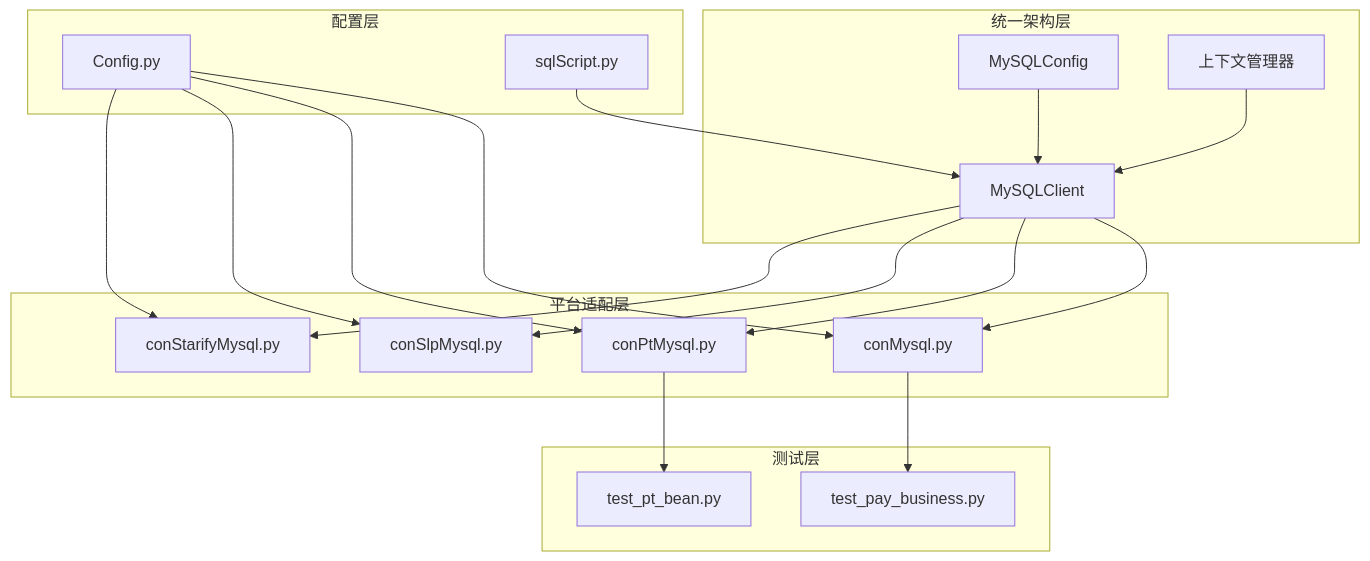
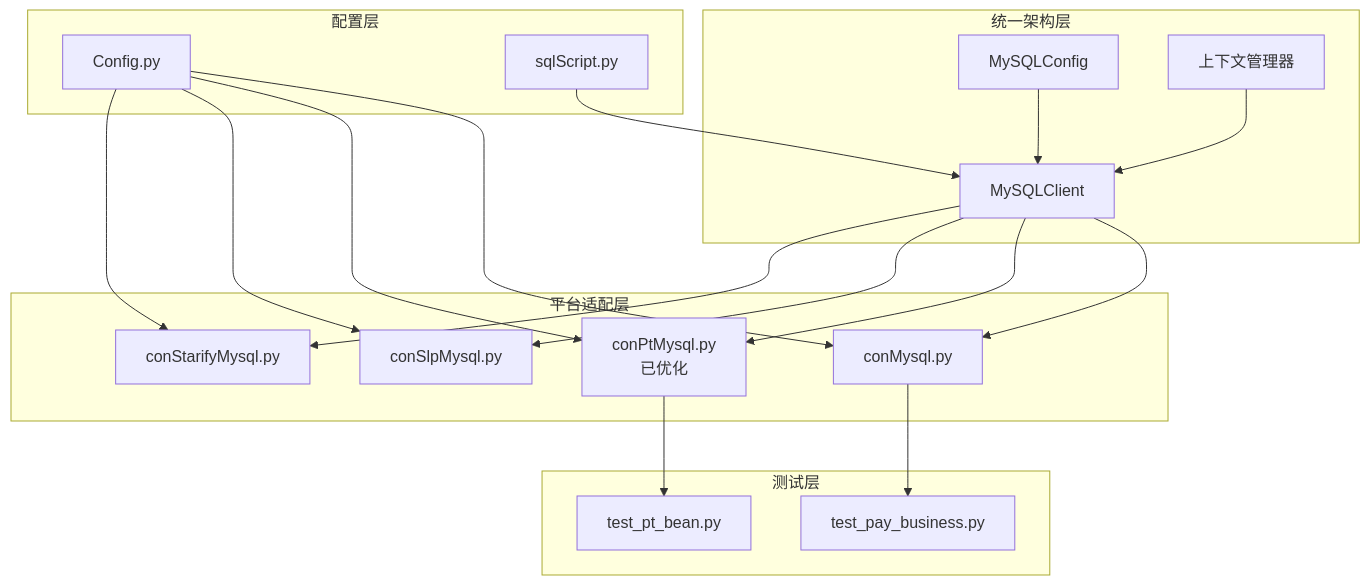
Diagram 11 of 16 in .qoder/repowiki/zh/content/数据库管理/MySQL连接管理.md (liximing1-ola/qa-payTest), drawn with Mermaid before and after one commit. The commit also changed other lines of this file and 3 other files, not shown here.

````diff
--- a/.qoder/repowiki/zh/content/数据库管理/MySQL连接管理.md
+++ b/.qoder/repowiki/zh/content/数据库管理/MySQL连接管理.md
@@ -427,35 +433,35 @@
 ```mermaid
 graph TB
 subgraph "统一架构层"
 UNIFIED[MySQLClient]
 CONFIG[MySQLConfig]
 CONTEXT[上下文管理器]
 end
 subgraph "平台适配层"
 CON_MYSQL[conMysql.py]
-CON_PT[conPtMysql.py]
+CON_PT[conPtMysql.py<br/>已优化]
 CON_SLP[conSlpMysql.py]
 CON_STAR[conStarifyMysql.py]
 end
 subgraph "配置层"
 CONFIG_OBJ[Config.py]
 SQL_SCRIPT[sqlScript.py]
 end
 subgraph "测试层"
 TEST_BUSINESS[test_pay_business.py]
 TEST_PT[test_pt_bean.py]
 end
 UNIFIED --> CON_MYSQL
 UNIFIED --> CON_PT
 UNIFIED --> CON_SLP
 UNIFIED --> CON_STAR
 CONFIG --> UNIFIED
 CONTEXT --> UNIFIED
 CONFIG_OBJ --> CON_MYSQL
 CONFIG_OBJ --> CON_PT
 CONFIG_OBJ --> CON_SLP
 CONFIG_OBJ --> CON_STAR
 SQL_SCRIPT --> UNIFIED
 CON_MYSQL --> TEST_BUSINESS
 CON_PT --> TEST_PT
 ```
````
